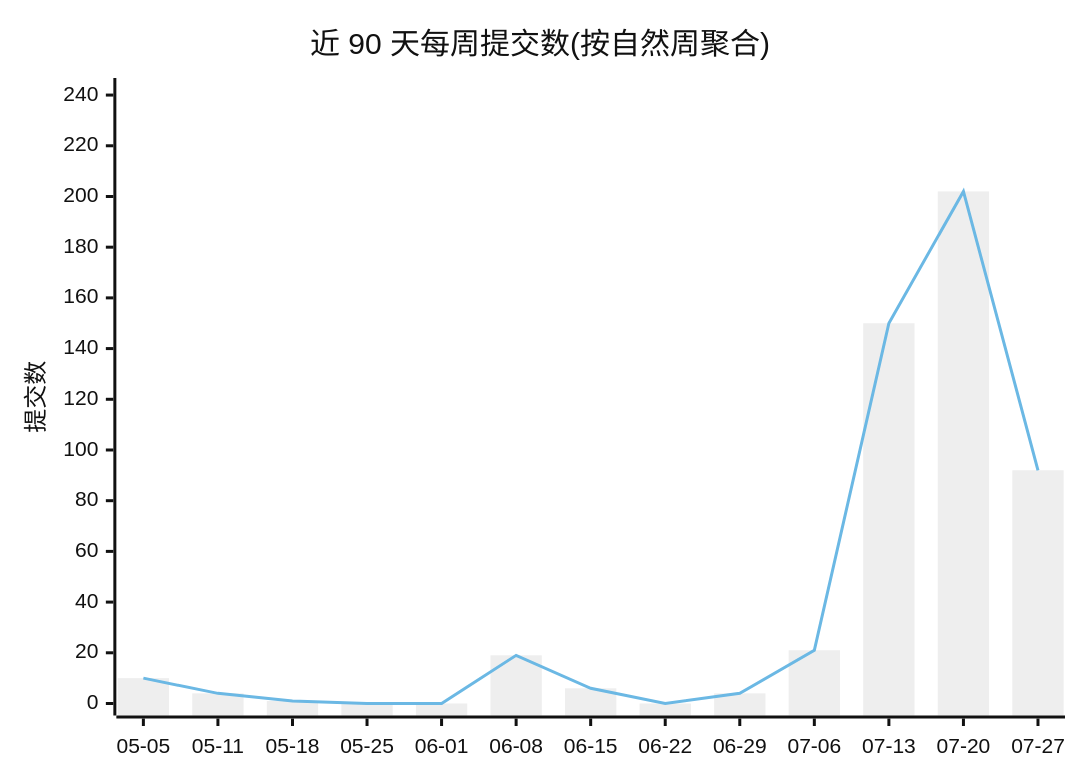
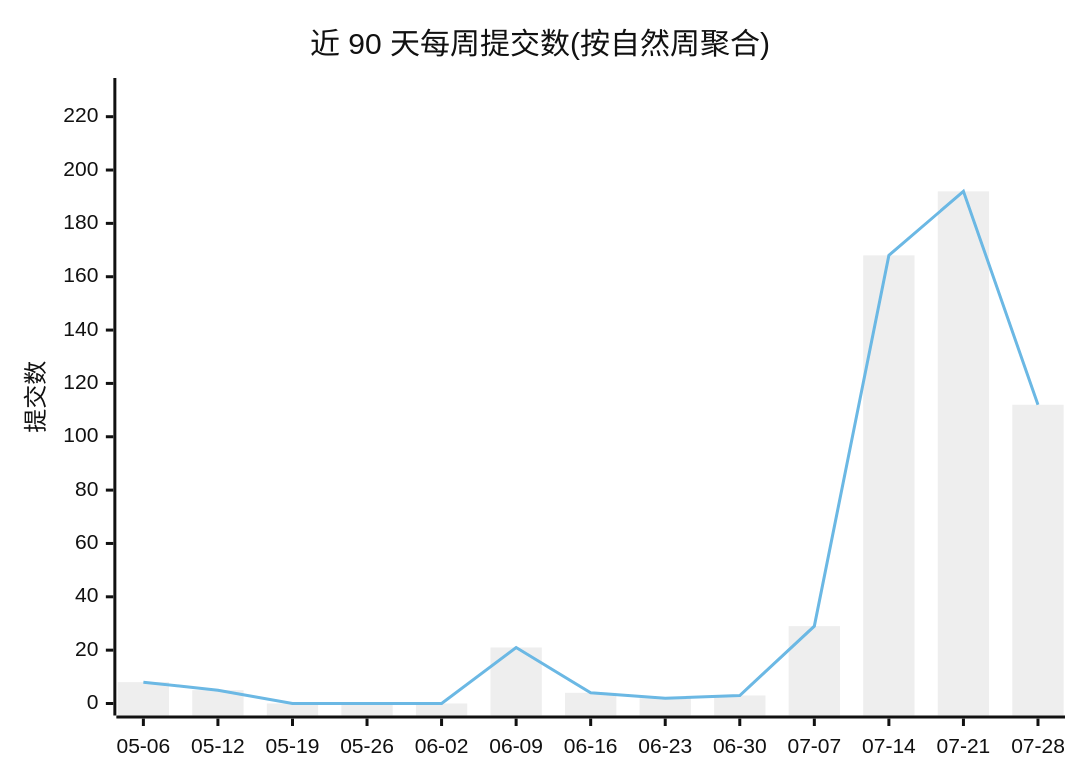
One commit to Conflux-Union/.github changed the first of 2 diagrams in profile/README.md. Above: the diagram before and after it, drawn with Mermaid (neutral theme). The commit also changed other lines of this file and 1 other file, not shown here.

````diff
--- a/profile/README.md
+++ b/profile/README.md
@@ -44,8 +44,8 @@
 ```mermaid
 xychart-beta
     title "近 90 天每周提交数(按自然周聚合)"
-    x-axis ["05-05", "05-11", "05-18", "05-25", "06-01", "06-08", "06-15", "06-22", "06-29", "07-06", "07-13", "07-20", "07-27"]
-    y-axis "提交数" 0 --> 242
-    bar [10, 4, 1, 0, 0, 19, 6, 0, 4, 21, 150, 202, 92]
-    line [10, 4, 1, 0, 0, 19, 6, 0, 4, 21, 150, 202, 92]
+    x-axis ["05-06", "05-12", "05-19", "05-26", "06-02", "06-09", "06-16", "06-23", "06-30", "07-07", "07-14", "07-21", "07-28"]
+    y-axis "提交数" 0 --> 230
+    bar [8, 5, 0, 0, 0, 21, 4, 2, 3, 29, 168, 192, 112]
+    line [8, 5, 0, 0, 0, 21, 4, 2, 3, 29, 168, 192, 112]
 ```
````
